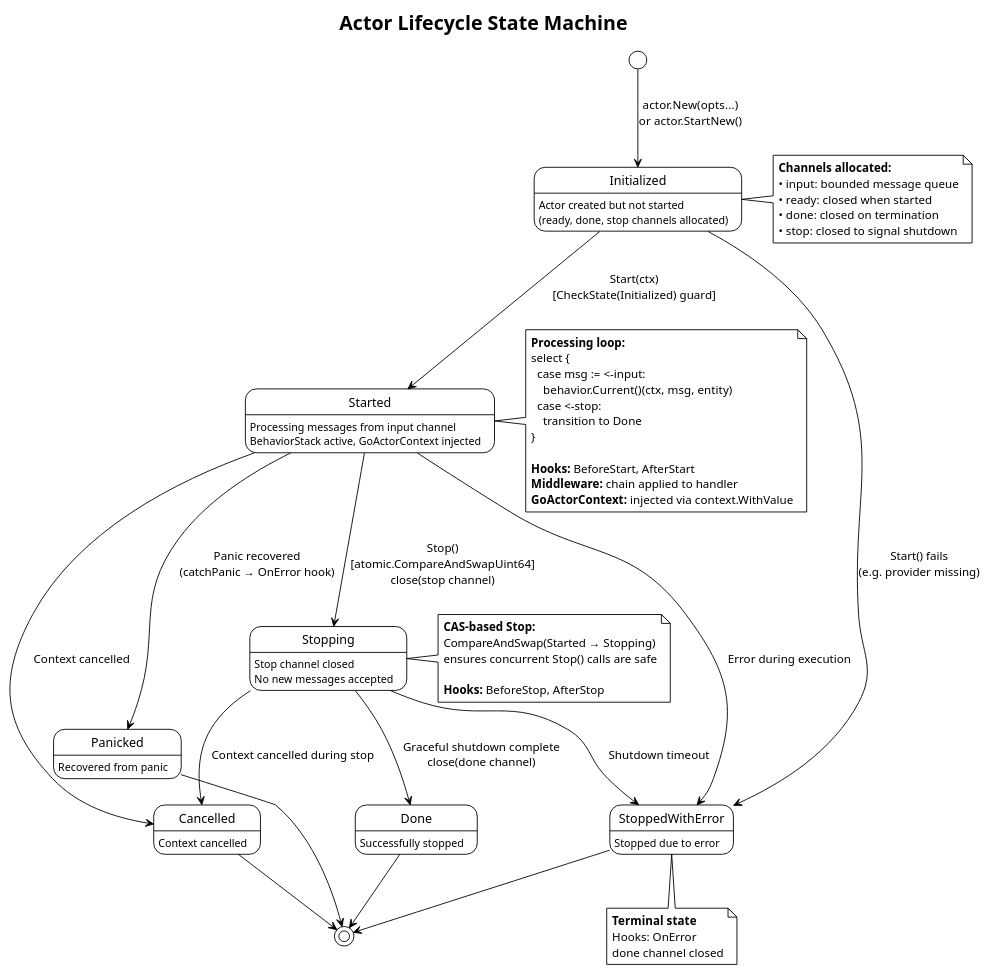
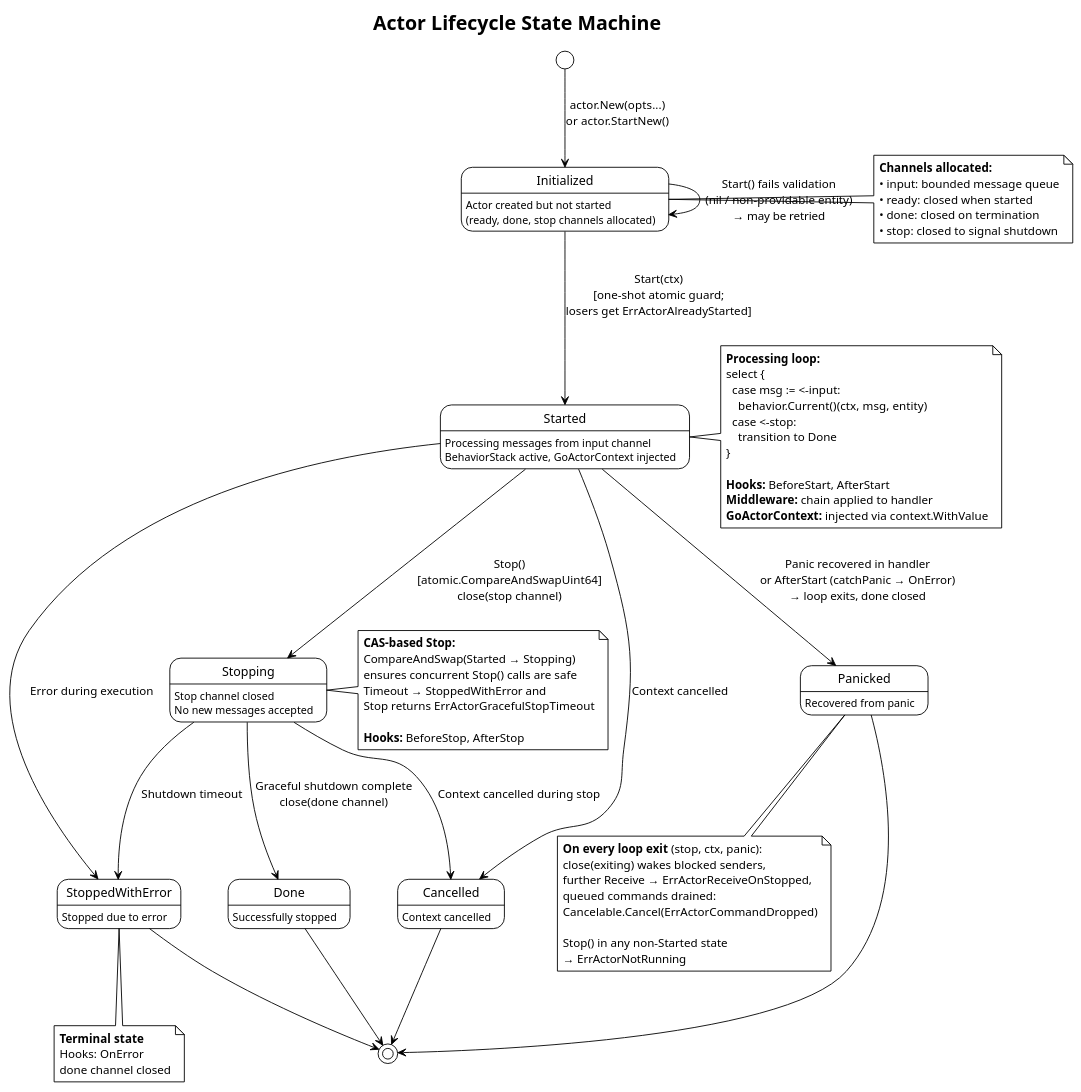
One commit to barnowlsnest/go-actorlib changed the diagram in docs/actor-lifecycle.puml. Above: the diagram before and after it, drawn with PlantUML. The commit also changed 8 other files, not shown here.

```diff
--- a/docs/actor-lifecycle.puml
+++ b/docs/actor-lifecycle.puml
@@ -1,70 +1,83 @@
 @startuml actor-lifecycle
 !theme plain
 skinparam backgroundColor #FFFFFF
 
 title Actor Lifecycle State Machine
 
 state "Initialized" as init : Actor created but not started\n(ready, done, stop channels allocated)
 state "Started" as started : Processing messages from input channel\nBehaviorStack active, GoActorContext injected
 state "Stopping" as stopping : Stop channel closed\nNo new messages accepted
 state "Done" as done : Successfully stopped
 state "StoppedWithError" as error : Stopped due to error
 state "Cancelled" as cancelled : Context cancelled
 state "Panicked" as panicked : Recovered from panic
 
 [*] --> init : actor.New(opts...)\nor actor.StartNew()
 
-init --> started : Start(ctx)\n[CheckState(Initialized) guard]
-init --> error : Start() fails\n(e.g. provider missing)
+init --> started : Start(ctx)\n[one-shot atomic guard;\nlosers get ErrActorAlreadyStarted]
+init --> init : Start() fails validation\n(nil / non-providable entity)\n→ may be retried
 
 started --> stopping : Stop()\n[atomic.CompareAndSwapUint64]\nclose(stop channel)
 started --> cancelled : Context cancelled
-started --> panicked : Panic recovered\n(catchPanic → OnError hook)
+started --> panicked : Panic recovered in handler\nor AfterStart (catchPanic → OnError)\n→ loop exits, done closed
 started --> error : Error during execution
 
 stopping --> done : Graceful shutdown complete\nclose(done channel)
 stopping --> error : Shutdown timeout
 stopping --> cancelled : Context cancelled during stop
 
 done --> [*]
 error --> [*]
 cancelled --> [*]
 panicked --> [*]
 
 note right of init
   **Channels allocated:**
   • input: bounded message queue
   • ready: closed when started
   • done: closed on termination
   • stop: closed to signal shutdown
 end note
 
 note right of started
   **Processing loop:**
   select {
     case msg := <-input:
       behavior.Current()(ctx, msg, entity)
     case <-stop:
       transition to Done
   }
 
   **Hooks:** BeforeStart, AfterStart
   **Middleware:** chain applied to handler
   **GoActorContext:** injected via context.WithValue
 end note
 
 note right of stopping
   **CAS-based Stop:**
   CompareAndSwap(Started → Stopping)
   ensures concurrent Stop() calls are safe
+  Timeout → StoppedWithError and
+  Stop returns ErrActorGracefulStopTimeout
 
   **Hooks:** BeforeStop, AfterStop
 end note
 
 note bottom of error
   **Terminal state**
   Hooks: OnError
   done channel closed
 end note
 
+note bottom of panicked
+  **On every loop exit** (stop, ctx, panic):
+  close(exiting) wakes blocked senders,
+  further Receive → ErrActorReceiveOnStopped,
+  queued commands drained:
+  Cancelable.Cancel(ErrActorCommandDropped)
+
+  Stop() in any non-Started state
+  → ErrActorNotRunning
+end note
+
 @enduml
```
